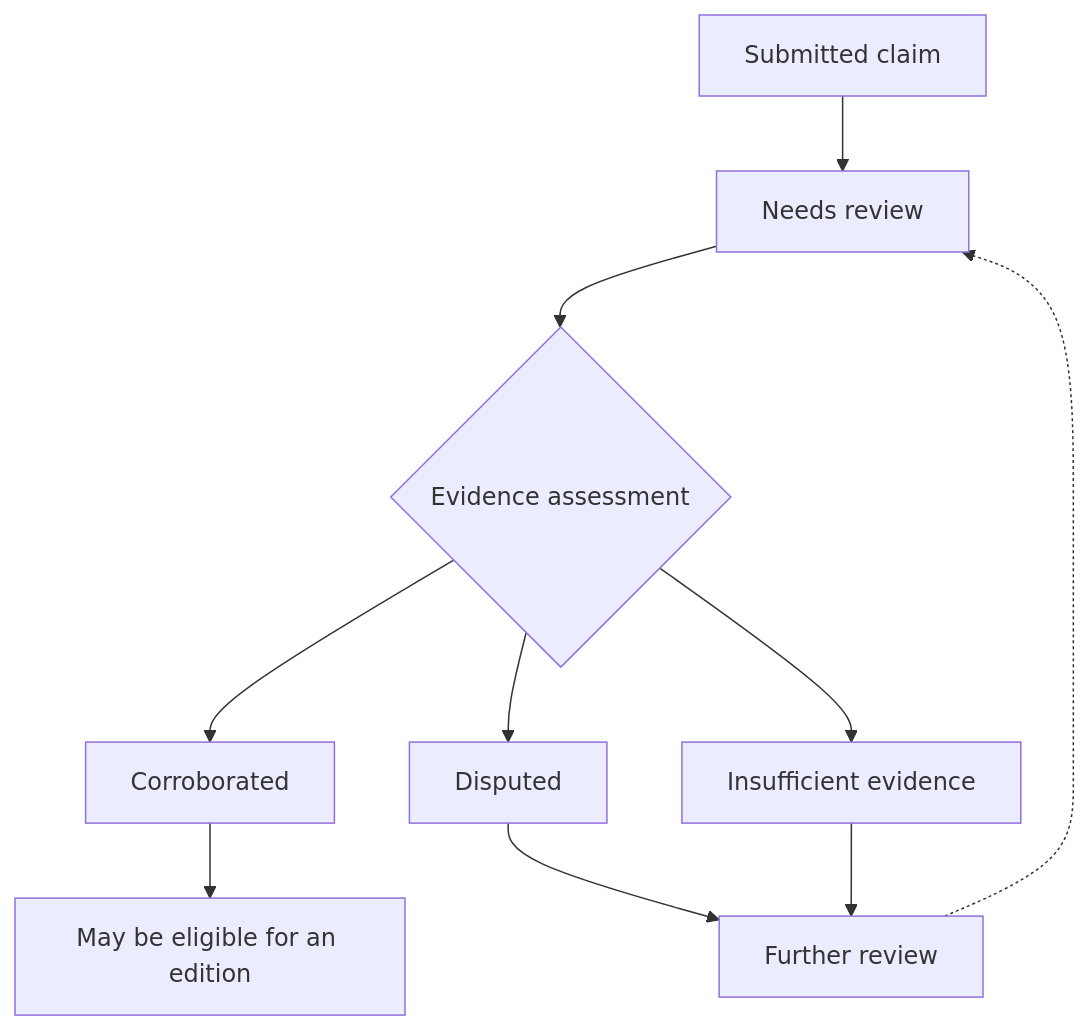
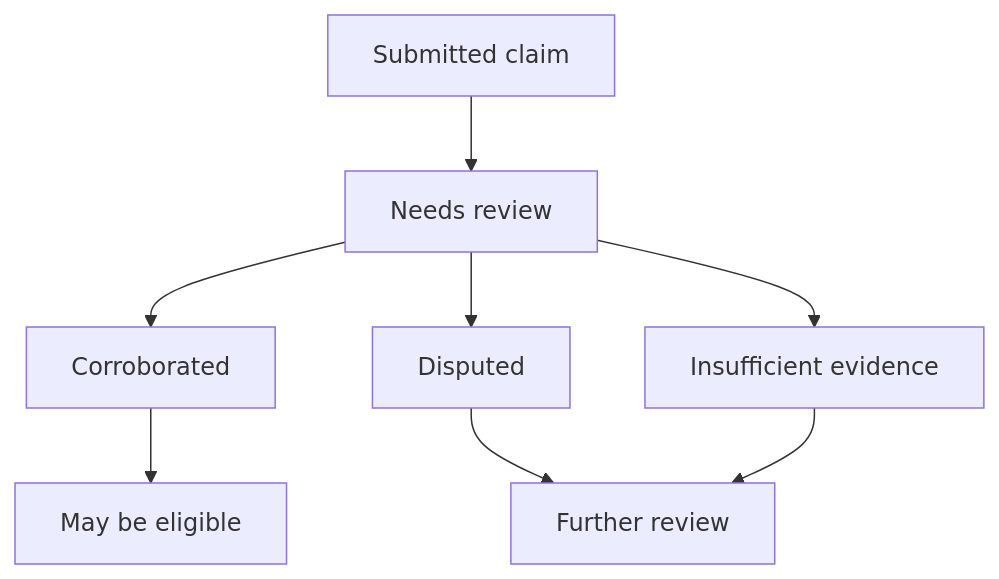
The diagram in docs/desktop-correspondent.md (kaw393939/awareness-briefing), drawn with Mermaid before and after one commit.

Commit message:
Keep the claim review diagram focused on review outcomes

````diff
--- a/docs/desktop-correspondent.md
+++ b/docs/desktop-correspondent.md
@@ -21,14 +21,12 @@
 ```mermaid
 flowchart TD
     accTitle: Proposed claim review flow
-    accDescr: A submitted claim enters review. Corroborated claims may become eligible for an edition. Disputed claims or claims with insufficient evidence require further review.
-    submitted["`Submitted claim`"] --> review["`Needs review`"]
-    review --> state{"Evidence assessment"}
-    state --> corroborated["`Corroborated`"]
-    state --> disputed["`Disputed`"]
-    state --> insufficient["`Insufficient evidence`"]
-    corroborated --> eligible["`May be eligible for an edition`"]
-    disputed --> further["`Further review`"]
-    insufficient --> further
-    further -.-> review
+    accDescr: Claims enter review. Corroborated claims may be eligible. Disputed claims or insufficient evidence need further review.
+    intake["Submitted claim"] --> assess["Needs review"]
+    assess --> confirmed["Corroborated"]
+    assess --> disputed["Disputed"]
+    assess --> insufficient["Insufficient evidence"]
+    confirmed --> eligible["May be eligible"]
+    disputed --> pending["Further review"]
+    insufficient --> pending
 ```
````
